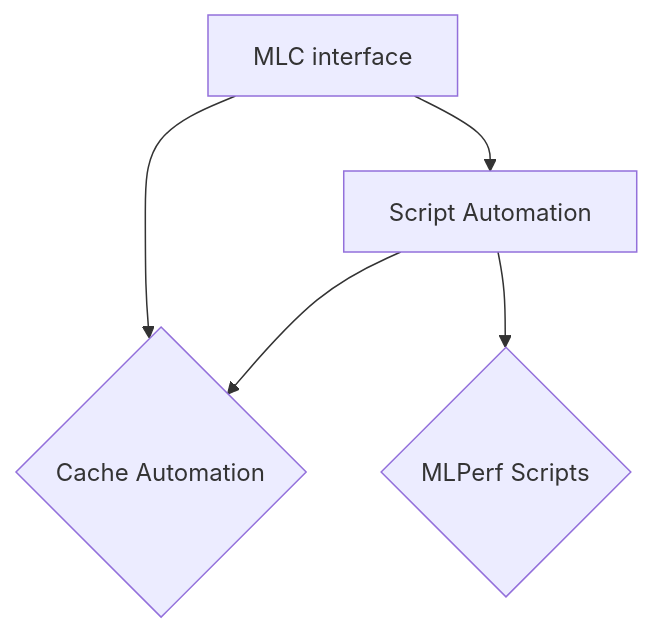
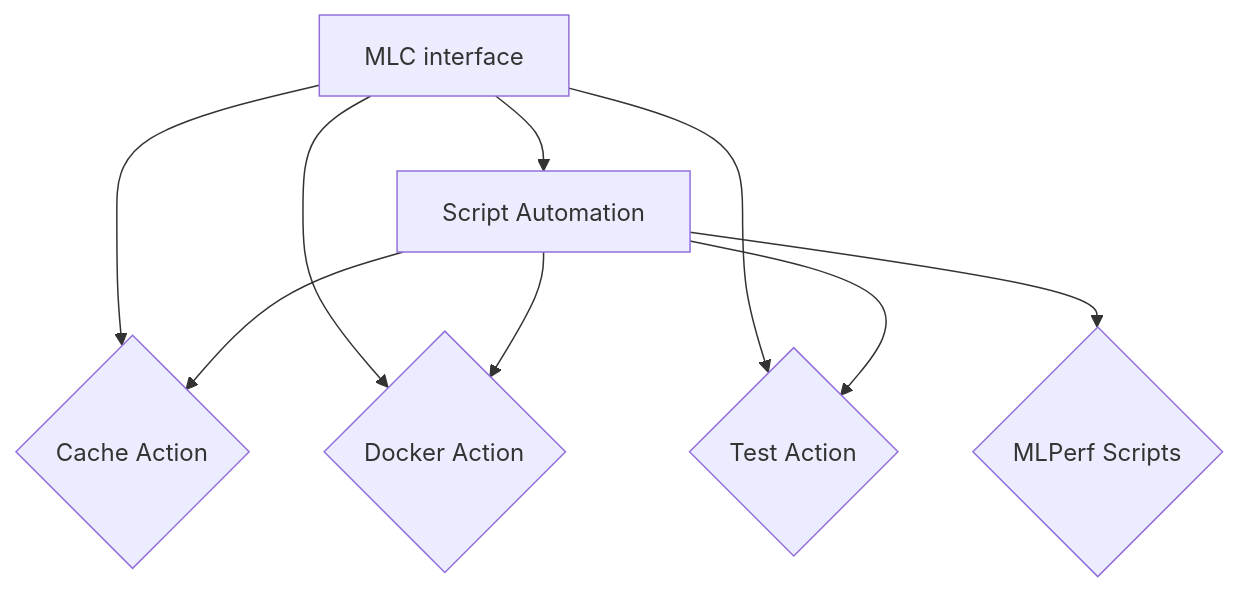
Before and after one commit to sujik18/mlperf-automations: the diagram in flow.md, drawn with Mermaid. The commit also changed 6 other files, not shown here.

````diff
--- a/flow.md
+++ b/flow.md
@@ -3,7 +3,11 @@
 ```mermaid
 flowchart TD
     A[MLC interface] --> B{Script Automation}
-    A[MLC interface] --> C{Cache Automation}
-    B[Script Automation] --> C{Cache Automation}
+    A[MLC interface] --> C{Cache Action}
+    B[Script Automation] --> C{Cache Action}
+    A[MLC interface] --> E{Docker Action}
+    B[Script Automation] --> E{Docker Action}
+    A[MLC interface] --> F{Test Action}
+    B[Script Automation] --> F{Test Action}
     B[Script Automation] --> D{MLPerf Scripts}
 ```
````
